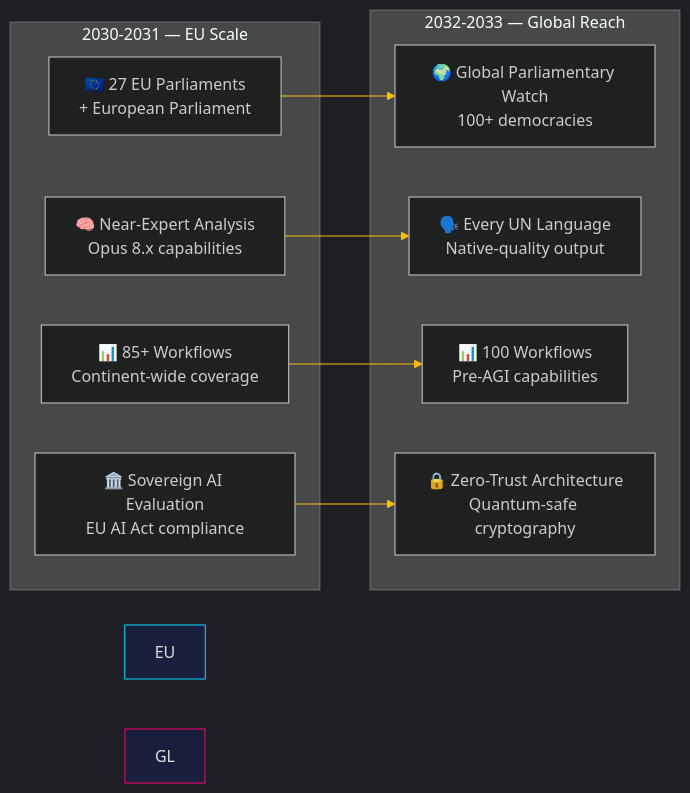
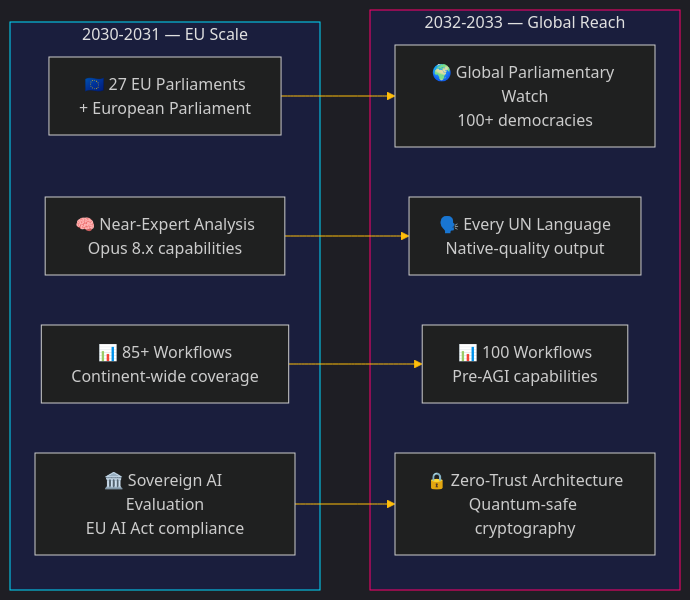
One commit to Hack23/riksdagsmonitor changed the fourth of 6 diagrams in README.md. Above: the diagram before and after it, drawn with Mermaid. The commit also changed other lines of this file, not shown here.

Commit message:
Address PR review: fix Mermaid subgraph IDs, UTC times, accurate article counts, and workflow clarifications

````diff
--- a/README.md
+++ b/README.md
@@ -827,22 +830,22 @@
 ```mermaid
 %%{init: {'theme': 'dark', 'themeVariables': {'primaryColor': '#00d9ff', 'primaryTextColor': '#e0e0e0', 'primaryBorderColor': '#ff006e', 'lineColor': '#ffbe0b', 'secondaryColor': '#1a1e3d', 'tertiaryColor': '#0a0e27'}}}%%
 graph LR
-    subgraph "2030-2031 — EU Scale"
-        style EU fill:#1a1e3d,stroke:#00d9ff,color:#e0e0e0
+    subgraph SGEU["2030-2031 — EU Scale"]
+        style SGEU fill:#1a1e3d,stroke:#00d9ff,color:#e0e0e0
         EU1[🇪🇺 27 EU Parliaments<br/>+ European Parliament]
         EU2[🧠 Near-Expert Analysis<br/>Opus 8.x capabilities]
         EU3[📊 85+ Workflows<br/>Continent-wide coverage]
         EU4[🏛️ Sovereign AI Evaluation<br/>EU AI Act compliance]
     end
-    subgraph "2032-2033 — Global Reach"
-        style GL fill:#1a1e3d,stroke:#ff006e,color:#e0e0e0
+    subgraph SGGL["2032-2033 — Global Reach"]
+        style SGGL fill:#1a1e3d,stroke:#ff006e,color:#e0e0e0
         GL1[🌍 Global Parliamentary Watch<br/>100+ democracies]
         GL2[🗣️ Every UN Language<br/>Native-quality output]
         GL3[📊 100 Workflows<br/>Pre-AGI capabilities]
         GL4[🔒 Zero-Trust Architecture<br/>Quantum-safe cryptography]
     end
     EU1 --> GL1
     EU2 --> GL2
     EU3 --> GL3
     EU4 --> GL4
 ```
````
